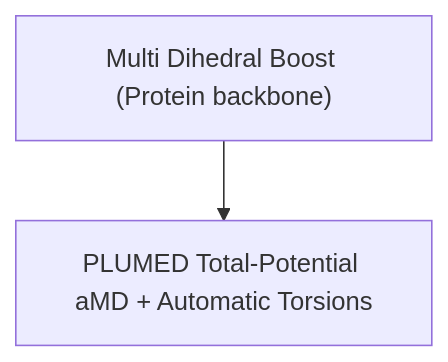
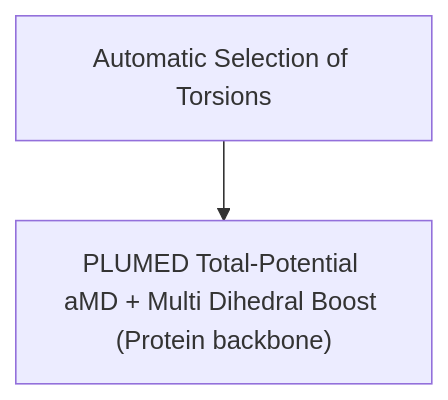
The third of 4 diagrams in Frag_to_lead/Frag_to_lead_4MZI/README.md (marcuswangweihow/FBDD), drawn with Mermaid before and after one commit. The commit also changed other lines of this file, not shown here.

````diff
--- a/Frag_to_lead/Frag_to_lead_4MZI/README.md
+++ b/Frag_to_lead/Frag_to_lead_4MZI/README.md
@@ -260,4 +262,4 @@
 ```mermaid
 flowchart TD
-    I["Multi Dihedral Boost (Protein backbone)"] --> J["PLUMED Total-Potential aMD + Automatic Torsions"]
+    J["Automatic Selection of Torsions"] --> K["PLUMED Total-Potential aMD + Multi Dihedral Boost (Protein backbone)"]
 ```
````
